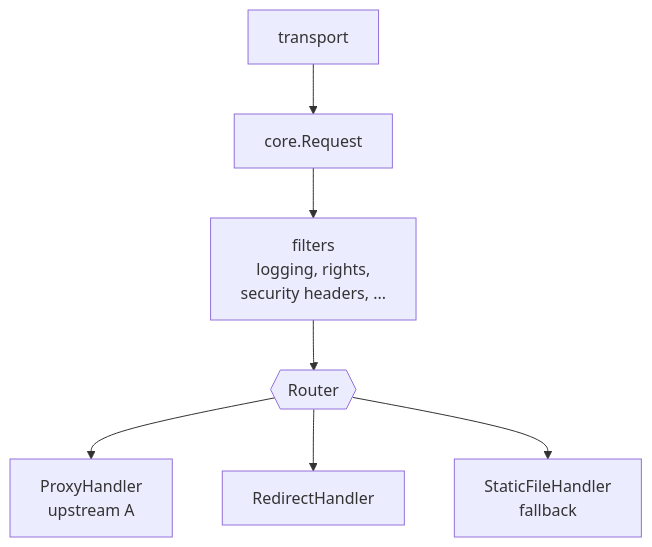
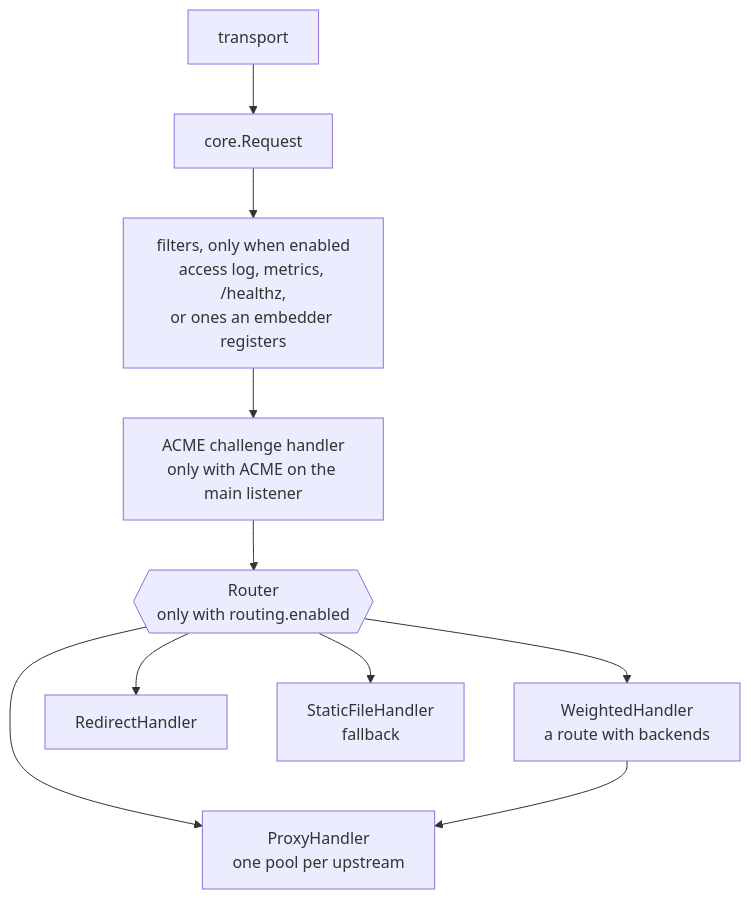
The first of 6 diagrams in docs/design/proxy-routing.md (BlivionIaG/sjws_nettask), drawn with Mermaid before and after one commit. The commit also changed other lines of this file and 14 other files, not shown here.

````diff
--- a/docs/design/proxy-routing.md
+++ b/docs/design/proxy-routing.md
@@ -24,9 +24,12 @@
 ```mermaid
 flowchart TB
     t["transport"] --> rq["core.Request"]
-    rq --> fl["filters<br/>logging, rights,<br/>security headers, ..."]
-    fl --> r{{"Router"}}
-    r --> p["ProxyHandler<br/>upstream A"]
+    rq --> fl["filters, only when enabled<br/>access log, metrics, /healthz,<br/>or ones an embedder registers"]
+    fl --> ac["ACME challenge handler<br/>only with ACME on the main listener"]
+    ac --> r{{"Router<br/>only with routing.enabled"}}
+    r --> p["ProxyHandler<br/>one pool per upstream"]
+    r --> w["WeightedHandler<br/>a route with backends"]
+    w --> p
     r --> rd["RedirectHandler"]
     r --> sf["StaticFileHandler<br/>fallback"]
 ```
````
